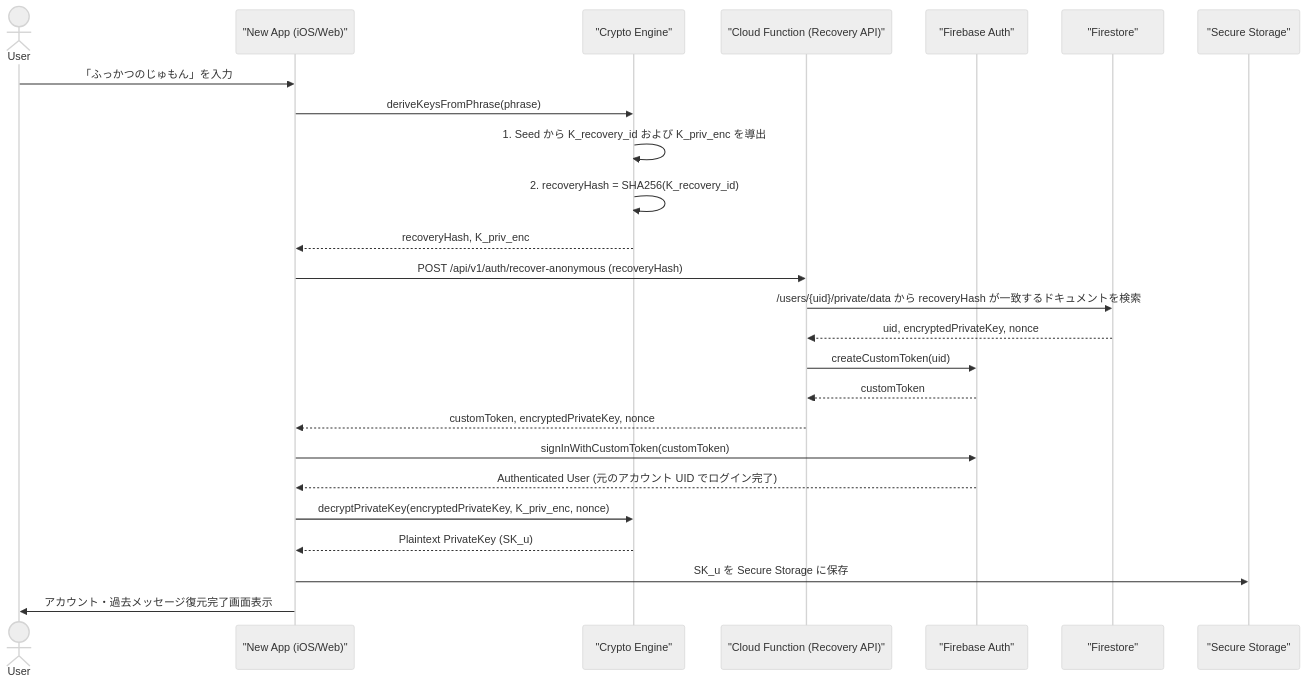
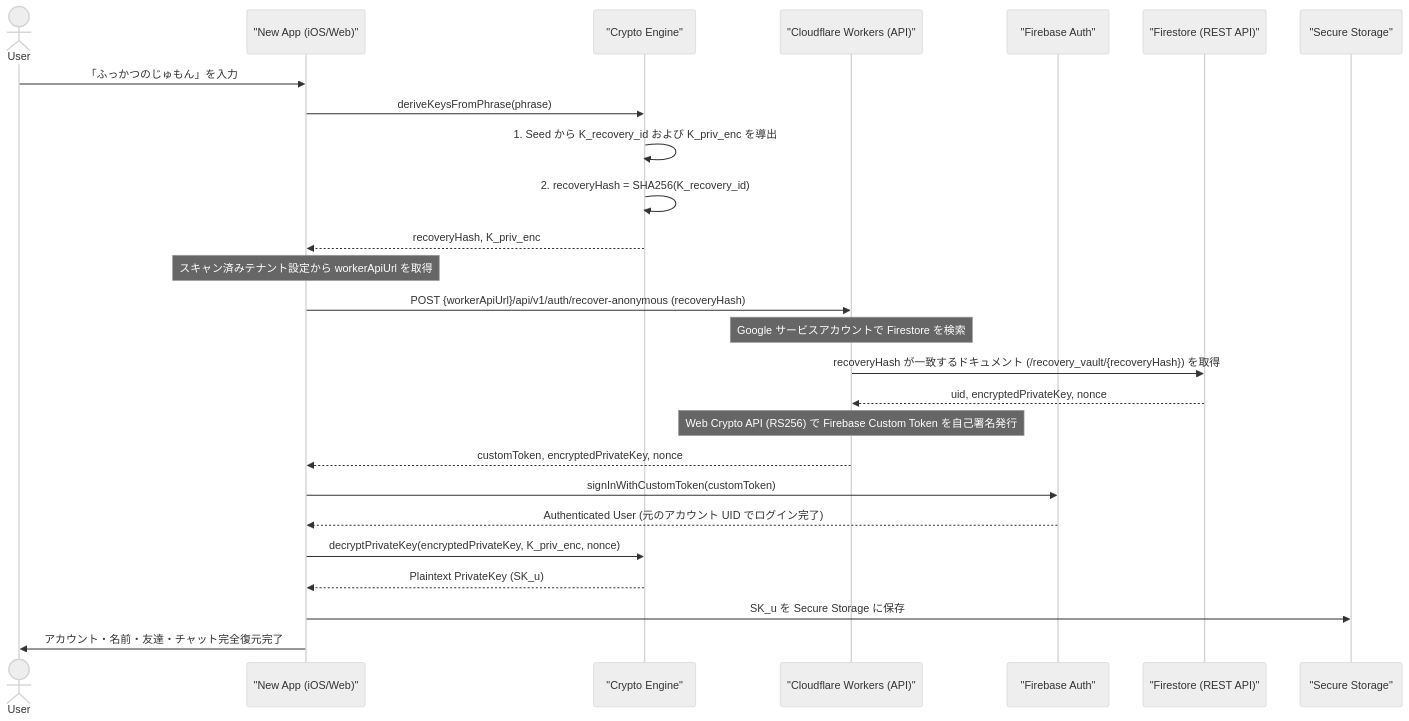
The second of 2 diagrams in doc/07-detailed-usecases/07-04-device-recovery.md (kantowork/friends), drawn with Mermaid (neutral theme) before and after one commit. The commit also changed other lines of this file and 79 other files, not shown here.

Commit message:
feat: implement Cloudflare Workers backend, device recovery, and group chat features with UI refinements

````diff
--- a/doc/07-detailed-usecases/07-04-device-recovery.md
+++ b/doc/07-detailed-usecases/07-04-device-recovery.md
@@ -69,32 +69,33 @@
 ```mermaid
 sequenceDiagram
     actor User
     participant NewApp as "New App (iOS/Web)"
     participant CryptoLib as "Crypto Engine"
-    participant CloudFunc as "Cloud Function (Recovery API)"
+    participant Workers as "Cloudflare Workers (API)"
     participant FirebaseAuth as "Firebase Auth"
-    participant Firestore as "Firestore"
+    participant Firestore as "Firestore (REST API)"
     participant SecureStorage as "Secure Storage"
 
     User->>NewApp: 「ふっかつのじゅもん」を入力
     NewApp->>CryptoLib: deriveKeysFromPhrase(phrase)
     CryptoLib->>CryptoLib: 1. Seed から K_recovery_id および K_priv_enc を導出
     CryptoLib->>CryptoLib: 2. recoveryHash = SHA256(K_recovery_id)
     CryptoLib-->>NewApp: recoveryHash, K_priv_enc
 
-    NewApp->>CloudFunc: POST /api/v1/auth/recover-anonymous (recoveryHash)
-    CloudFunc->>Firestore: /users/{uid}/private/data から recoveryHash が一致するドキュメントを検索
-    Firestore-->>CloudFunc: uid, encryptedPrivateKey, nonce
-    CloudFunc->>FirebaseAuth: createCustomToken(uid)
-    FirebaseAuth-->>CloudFunc: customToken
-    CloudFunc-->>NewApp: customToken, encryptedPrivateKey, nonce
+    Note over NewApp: スキャン済みテナント設定から workerApiUrl を取得
+    NewApp->>Workers: POST {workerApiUrl}/api/v1/auth/recover-anonymous (recoveryHash)
+    Note over Workers: Google サービスアカウントで Firestore を検索
+    Workers->>Firestore: recoveryHash が一致するドキュメント (/recovery_vault/{recoveryHash}) を取得
+    Firestore-->>Workers: uid, encryptedPrivateKey, nonce
+    Note over Workers: Web Crypto API (RS256) で Firebase Custom Token を自己署名発行
+    Workers-->>NewApp: customToken, encryptedPrivateKey, nonce
 
     NewApp->>FirebaseAuth: signInWithCustomToken(customToken)
     FirebaseAuth-->>NewApp: Authenticated User (元のアカウント UID でログイン完了)
 
     NewApp->>CryptoLib: decryptPrivateKey(encryptedPrivateKey, K_priv_enc, nonce)
     CryptoLib-->>NewApp: Plaintext PrivateKey (SK_u)
 
     NewApp->>SecureStorage: SK_u を Secure Storage に保存
-    NewApp->>User: アカウント・過去メッセージ復元完了画面表示
+    NewApp->>User: アカウント・名前・友達・チャット完全復元完了
 ```
````
